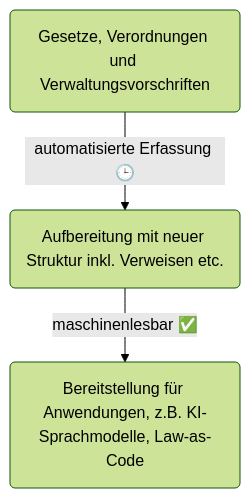
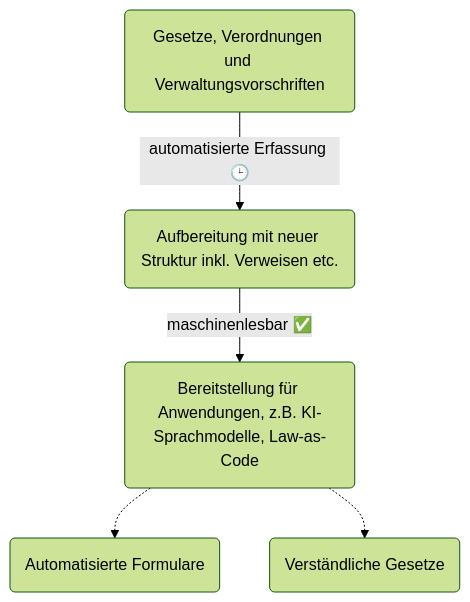
Before and after one commit to stefanmaeder/dotgov: the diagram in slides/02_big-picture.md, drawn with Mermaid (forest theme).

````diff
--- a/slides/02_big-picture.md
+++ b/slides/02_big-picture.md
@@ -1,5 +1,7 @@
 ```mermaid
 flowchart TD
     A(Gesetze, Verordnungen und Verwaltungsvorschriften) -->|automatisierte Erfassung 🕒| B(Aufbereitung mit neuer Struktur inkl. Verweisen etc.)
     B --> |maschinenlesbar ✅| C(Bereitstellung für Anwendungen, z.B. KI-Sprachmodelle, Law-as-Code)
+    C -.-> D(Automatisierte Formulare)
+    C -.-> E(Verständliche Gesetze)
 ```
````
